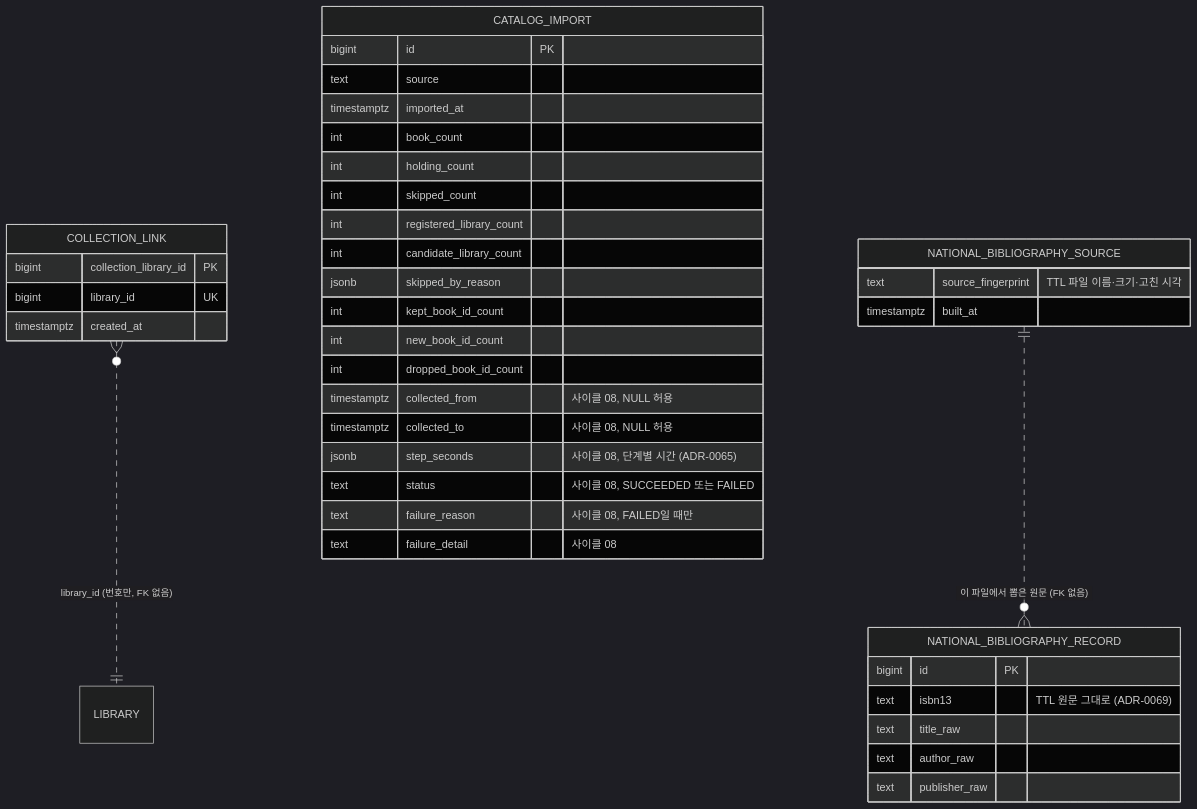
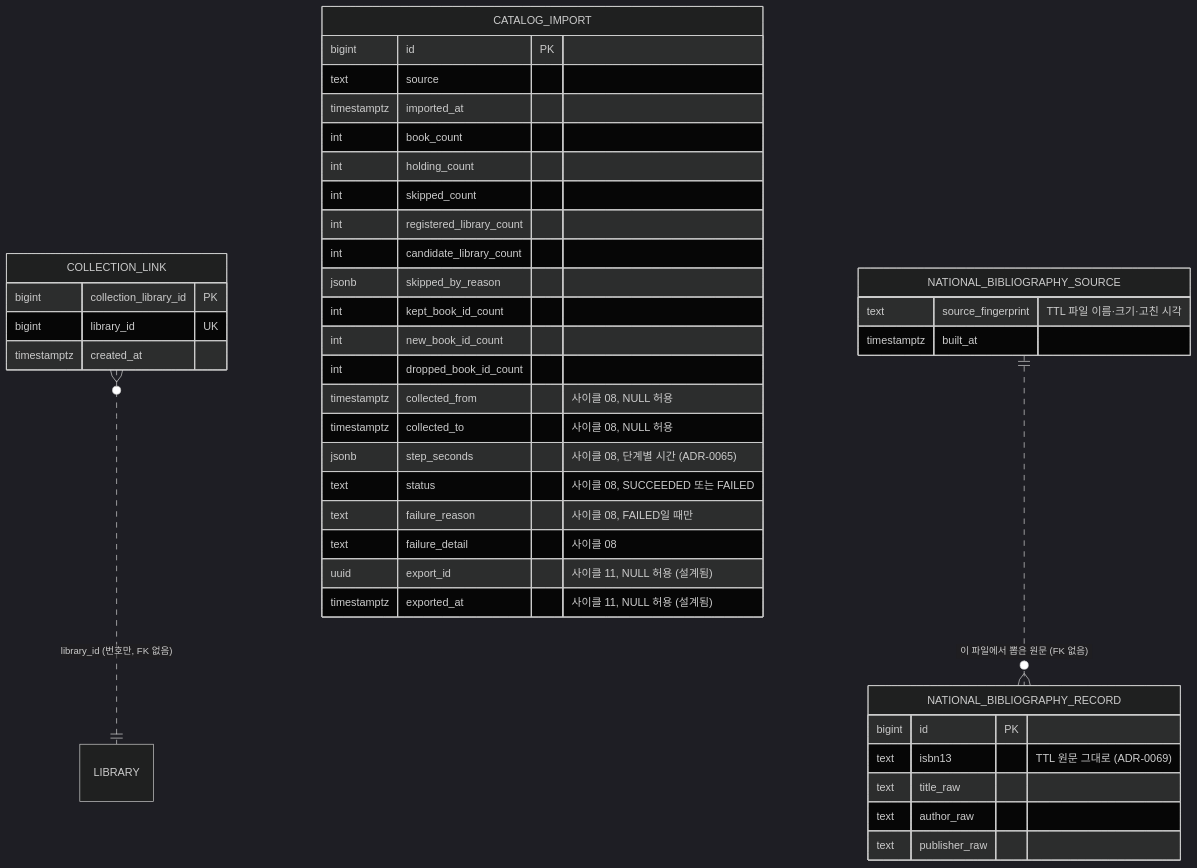
One commit to hodu-sketch/chaekcheck-plan changed the fourth of 7 diagrams in docs/current/data-model.md. Above: the diagram before and after it, drawn with Mermaid (dark theme). The commit also changed other lines of this file and 20 other files, not shown here.

````diff
--- a/docs/current/data-model.md
+++ b/docs/current/data-model.md
@@ -289,41 +348,43 @@
 ```mermaid
 erDiagram
   COLLECTION_LINK {
     bigint collection_library_id PK
     bigint library_id UK
     timestamptz created_at
   }
   CATALOG_IMPORT {
     bigint id PK
     text source
     timestamptz imported_at
     int book_count
     int holding_count
     int skipped_count
     int registered_library_count
     int candidate_library_count
     jsonb skipped_by_reason
     int kept_book_id_count
     int new_book_id_count
     int dropped_book_id_count
     timestamptz collected_from "사이클 08, NULL 허용"
     timestamptz collected_to "사이클 08, NULL 허용"
     jsonb step_seconds "사이클 08, 단계별 시간 (ADR-0065)"
     text status "사이클 08, SUCCEEDED 또는 FAILED"
     text failure_reason "사이클 08, FAILED일 때만"
     text failure_detail "사이클 08"
+    uuid export_id "사이클 11, NULL 허용 (설계됨)"
+    timestamptz exported_at "사이클 11, NULL 허용 (설계됨)"
   }
   NATIONAL_BIBLIOGRAPHY_RECORD {
     bigint id PK
     text isbn13 "TTL 원문 그대로 (ADR-0069)"
     text title_raw
     text author_raw
     text publisher_raw
   }
   NATIONAL_BIBLIOGRAPHY_SOURCE {
     text source_fingerprint "TTL 파일 이름·크기·고친 시각"
     timestamptz built_at
   }
   COLLECTION_LINK }o..|| LIBRARY : "library_id (번호만, FK 없음)"
   NATIONAL_BIBLIOGRAPHY_SOURCE ||..o{ NATIONAL_BIBLIOGRAPHY_RECORD : "이 파일에서 뽑은 원문 (FK 없음)"
 ```
````
